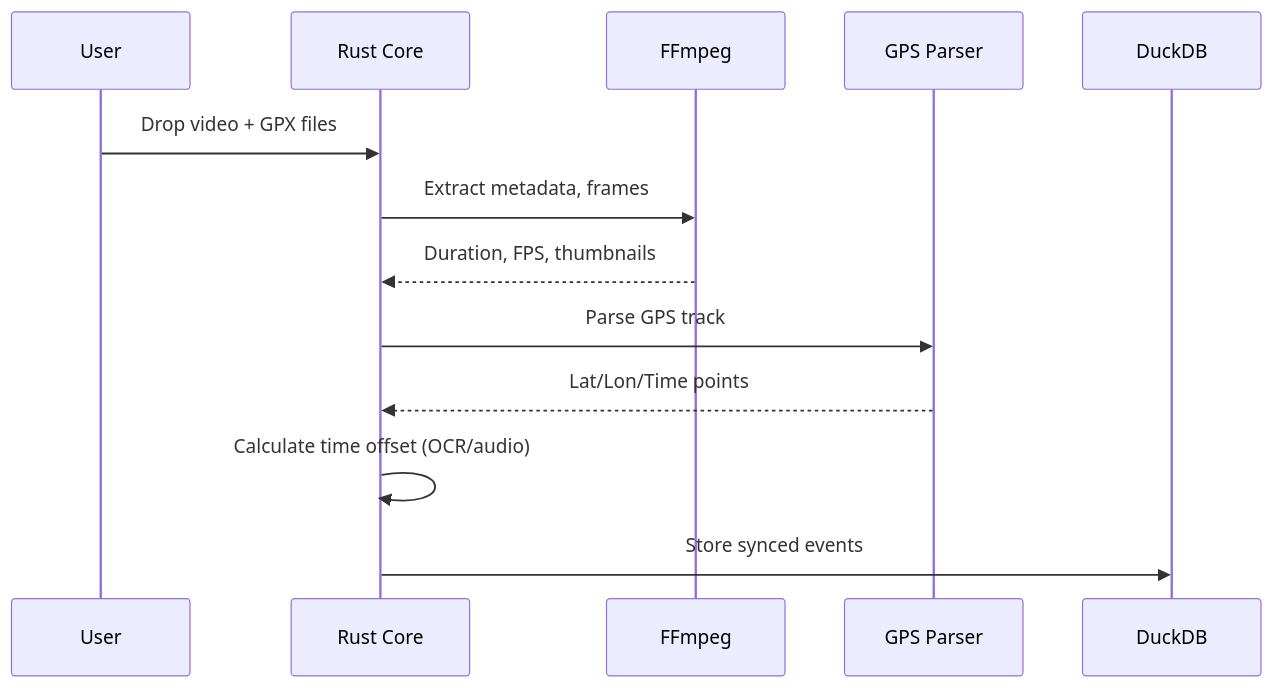
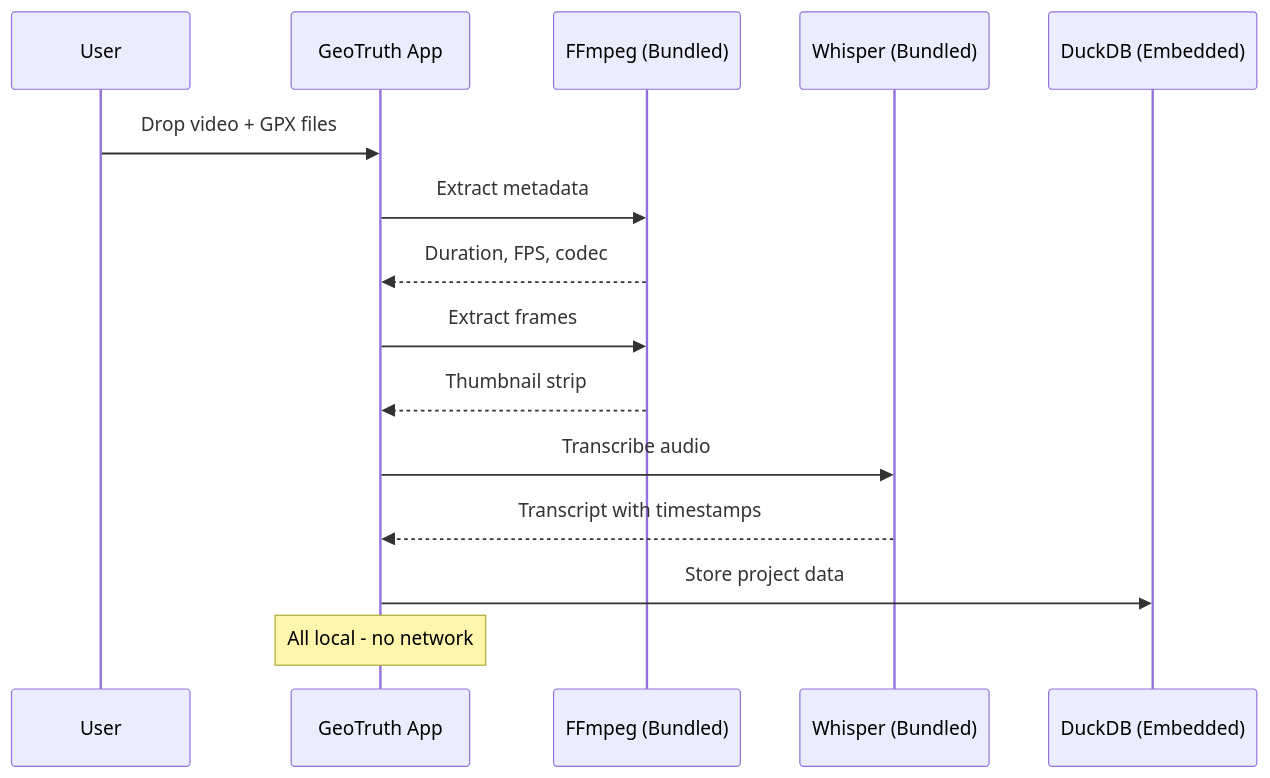
One commit to AndyK888/geotruth-narrative-engine changed the first of 3 diagrams in docs/architecture/README.md. Above: the diagram before and after it, drawn with Mermaid. The commit also changed other lines of this file and 5 other files, not shown here.

First line of the commit message:
docs: enforce zero local dependencies across all documentation

````diff
--- a/docs/architecture/README.md
+++ b/docs/architecture/README.md
@@ -95,16 +78,19 @@
 ```mermaid
 sequenceDiagram
     participant U as User
-    participant R as Rust Core
-    participant FF as FFmpeg
-    participant GP as GPS Parser
-    participant DB as DuckDB
+    participant App as GeoTruth App
+    participant FFmpeg as FFmpeg (Bundled)
+    participant Whisper as Whisper (Bundled)
+    participant DB as DuckDB (Embedded)
     
-    U->>R: Drop video + GPX files
-    R->>FF: Extract metadata, frames
-    FF-->>R: Duration, FPS, thumbnails
-    R->>GP: Parse GPS track
-    GP-->>R: Lat/Lon/Time points
-    R->>R: Calculate time offset (OCR/audio)
-    R->>DB: Store synced events
+    U->>App: Drop video + GPX files
+    App->>FFmpeg: Extract metadata
+    FFmpeg-->>App: Duration, FPS, codec
+    App->>FFmpeg: Extract frames
+    FFmpeg-->>App: Thumbnail strip
+    App->>Whisper: Transcribe audio
+    Whisper-->>App: Transcript with timestamps
+    App->>DB: Store project data
+    
+    Note over App: All local - no network
 ```
````
